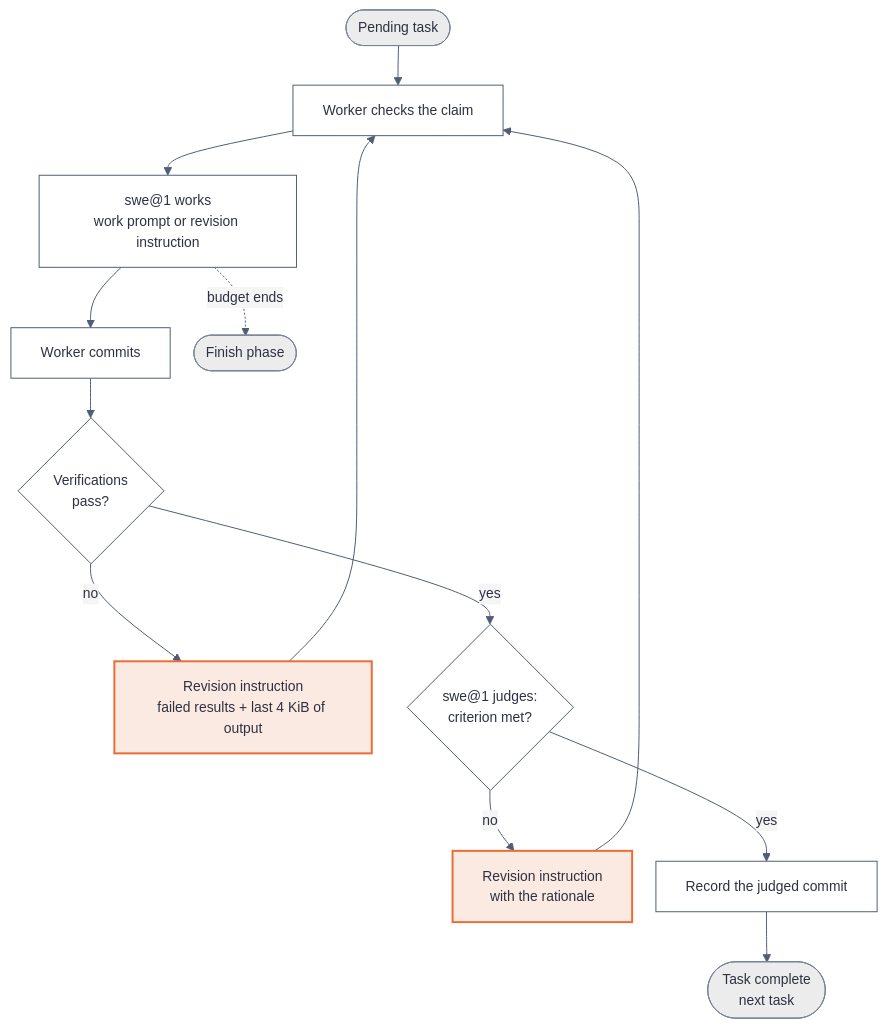
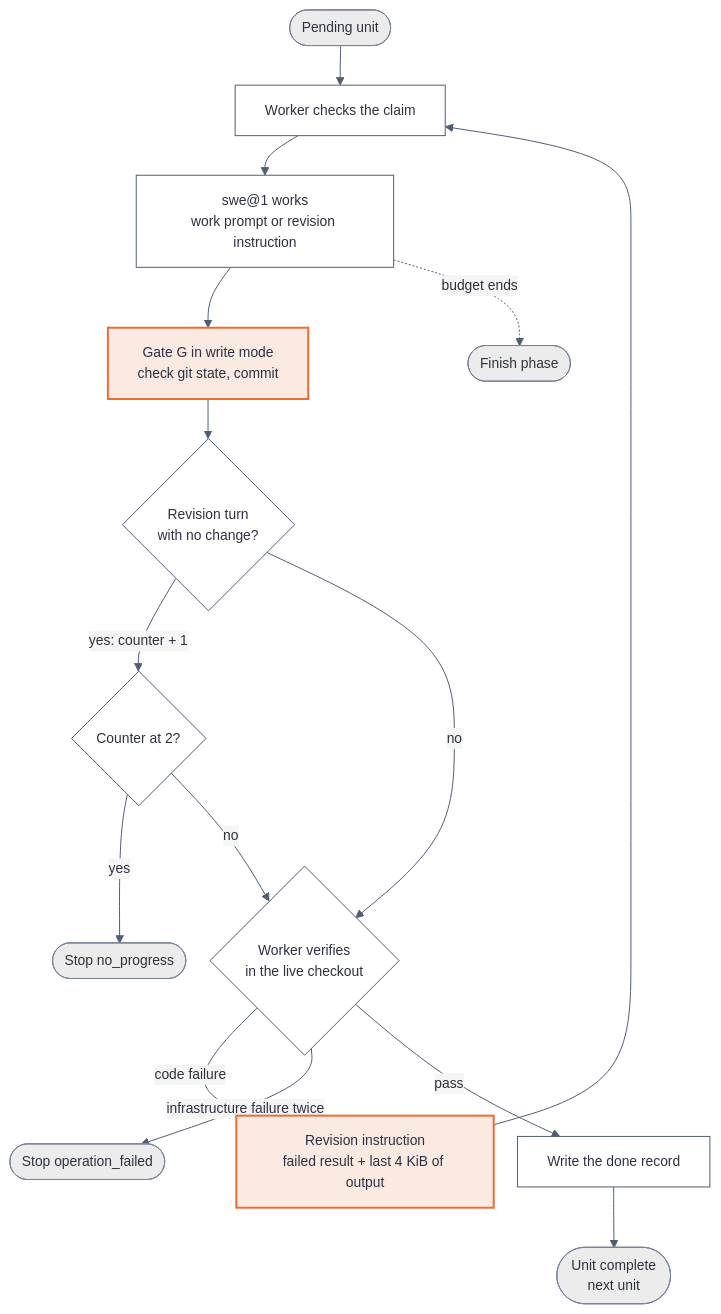
One commit to kanthorlabs/kanthord changed the second of 3 diagrams in docs/explanation/coder-worker.md. Above: the diagram before and after it, drawn with Mermaid. The commit also changed other lines of this file and 4 other files, not shown here.

Commit message:
docs(explanation): rewrite the coder worker pages from the redesigned code

````diff
--- a/docs/explanation/coder-worker.md
+++ b/docs/explanation/coder-worker.md
@@ -235,19 +255,22 @@
 ```mermaid
 %%{init: {"theme": "base", "themeVariables": {"background": "#f5f5f5", "primaryColor": "#ffffff", "primaryTextColor": "#2d3142", "primaryBorderColor": "#4f5d75", "secondaryColor": "#ececec", "tertiaryColor": "#f5f5f5", "lineColor": "#4f5d75", "edgeLabelBackground": "#f5f5f5", "fontFamily": "system-ui, sans-serif", "fontSize": "14px"}, "flowchart": {"htmlLabels": true, "useMaxWidth": false, "nodeSpacing": 24, "rankSpacing": 40}}}%%
 flowchart TB
-    accTitle: One task of coder@1
-    accDescr: swe@1 works, the worker commits and runs the verifications. A failure sends the failed results and the output tail back to swe@1. A pass leads to the criterion judgement. An unmet criterion sends the rationale back. A met criterion records the judged commit and completes the task. A budget end at any point ends the task work.
-    start(["Pending task"]) --> check["Worker checks the claim"]
+    accTitle: One unit of coder@1
+    accDescr: The worker checks the claim, swe@1 runs a work turn or a revision turn, and gate G checks the git state and commits the change. An unchanged revision turn adds one to the unchanged-turn counter, and the second one in a row stops with no_progress. The worker verifies the unit in the live checkout and restores the checkout. A code failure sends a revision instruction with the failed result and the last 4 KiB of output. An infrastructure failure on the run and its rerun stops the execution. A pass writes the done record and completes the unit. A budget end at any point ends the unit loop.
+    start(["Pending unit"]) --> check["Worker checks the claim"]
     check --> work["swe@1 works<br/>work prompt or revision instruction"]
-    work --> commit["Worker commits"]
-    commit --> verify{"Verifications<br/>pass?"}
-    verify -- no --> failed["Revision instruction<br/>failed results + last 4 KiB of output"] --> check
-    verify -- yes --> judge{"swe@1 judges:<br/>criterion met?"}
-    judge -- no --> unmet["Revision instruction<br/>with the rationale"] --> check
-    judge -- yes --> record["Record the judged commit"] --> done(["Task complete<br/>next task"])
+    work --> gate["Gate G in write mode<br/>check git state, commit"]
+    gate --> changed{"Revision turn<br/>with no change?"}
+    changed -- "yes: counter + 1" --> limit{"Counter at 2?"}
+    limit -- yes --> stop(["Stop no_progress"])
+    limit -- no --> verify
+    changed -- no --> verify{"Worker verifies<br/>in the live checkout"}
+    verify -- "code failure" --> failed["Revision instruction<br/>failed result + last 4 KiB of output"] --> check
+    verify -- "infrastructure failure twice" --> infra(["Stop operation_failed"])
+    verify -- pass --> record["Write the done record"] --> done(["Unit complete<br/>next unit"])
     work -. "budget ends" .-> budget(["Finish phase"])
     classDef focal fill:#fbeae1,stroke:#eb6c36,color:#2d3142,stroke-width:2px;
     classDef outcome fill:#ececec,stroke:#7a8399,color:#2d3142;
-    class failed,unmet focal;
-    class start,done,budget outcome;
+    class gate,failed focal;
+    class start,done,budget,stop,infra outcome;
 ```
````
